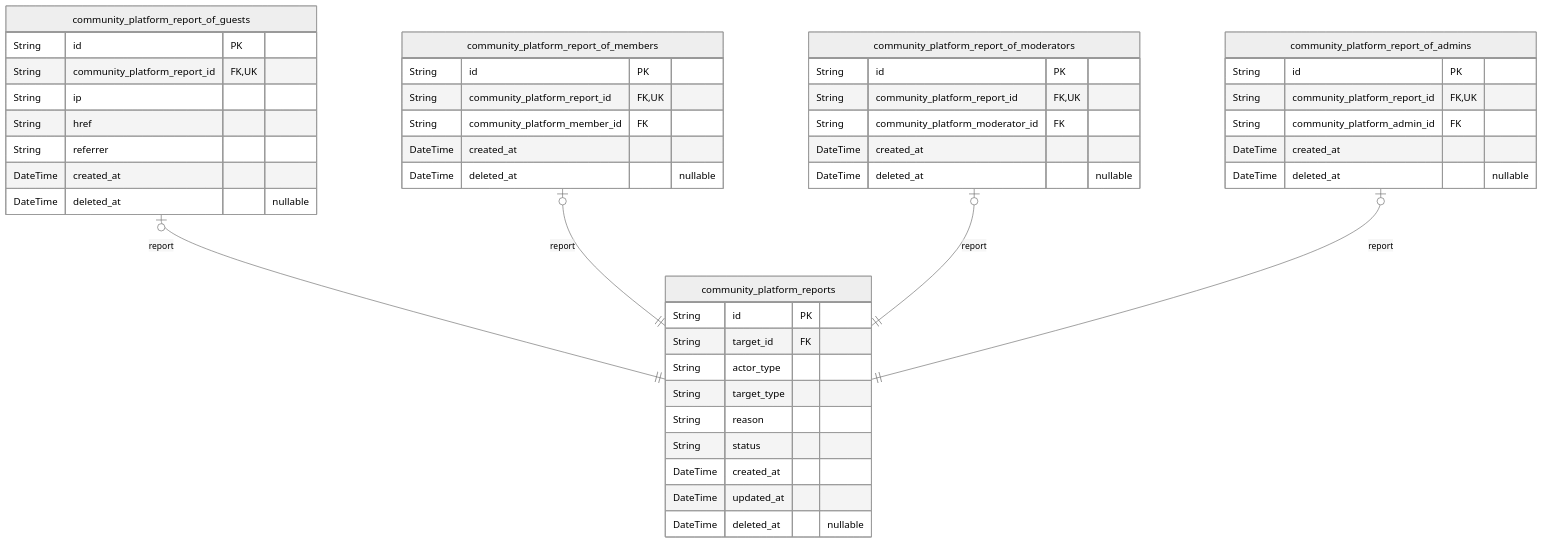
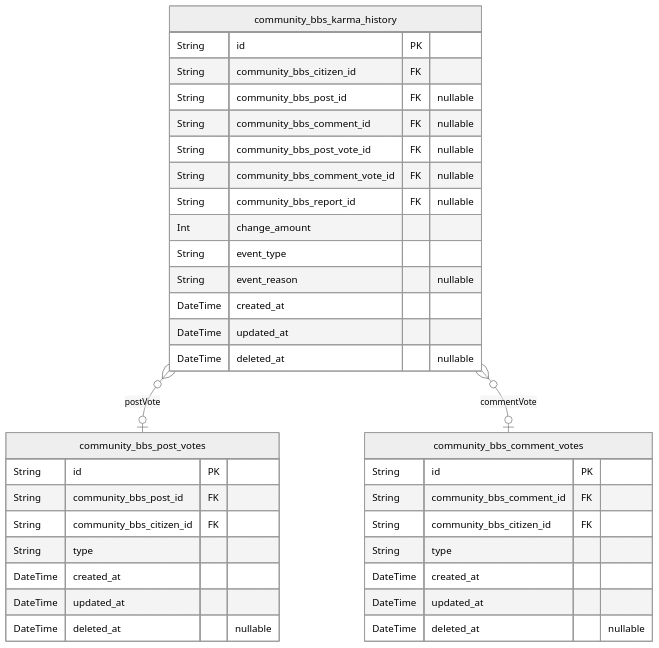
One commit to wrtnlabs/autobe-examples changed the sixth of 10 diagrams in qwen/qwen3-next-80b-a3b-instruct/reddit/docs/ERD.md. Above: the diagram before and after it, drawn with Mermaid (neutral theme). The commit also changed other lines of this file and 7173 other files, not shown here.

````diff
--- a/qwen/qwen3-next-80b-a3b-instruct/reddit/docs/ERD.md
+++ b/qwen/qwen3-next-80b-a3b-instruct/reddit/docs/ERD.md
@@ -2500,48 +1058,38 @@
 ```mermaid
 erDiagram
-"community_platform_reports" {
+"community_bbs_post_votes" {
   String id PK
-  String target_id FK
-  String actor_type
-  String target_type
-  String reason
-  String status
+  String community_bbs_post_id FK
+  String community_bbs_citizen_id FK
+  String type
   DateTime created_at
   DateTime updated_at
   DateTime deleted_at "nullable"
 }
-"community_platform_report_of_guests" {
+"community_bbs_comment_votes" {
   String id PK
-  String community_platform_report_id FK,UK
-  String ip
-  String href
-  String referrer
+  String community_bbs_comment_id FK
+  String community_bbs_citizen_id FK
+  String type
   DateTime created_at
+  DateTime updated_at
   DateTime deleted_at "nullable"
 }
-"community_platform_report_of_members" {
+"community_bbs_karma_history" {
   String id PK
-  String community_platform_report_id FK,UK
-  String community_platform_member_id FK
+  String community_bbs_citizen_id FK
+  String community_bbs_post_id FK "nullable"
+  String community_bbs_comment_id FK "nullable"
+  String community_bbs_post_vote_id FK "nullable"
+  String community_bbs_comment_vote_id FK "nullable"
+  String community_bbs_report_id FK "nullable"
+  Int change_amount
+  String event_type
+  String event_reason "nullable"
   DateTime created_at
+  DateTime updated_at
   DateTime deleted_at "nullable"
 }
-"community_platform_report_of_moderators" {
-  String id PK
-  String community_platform_report_id FK,UK
-  String community_platform_moderator_id FK
-  DateTime created_at
-  DateTime deleted_at "nullable"
-}
-"community_platform_report_of_admins" {
-  String id PK
-  String community_platform_report_id FK,UK
-  String community_platform_admin_id FK
-  DateTime created_at
-  DateTime deleted_at "nullable"
-}
-"community_platform_report_of_guests" |o--|| "community_platform_reports" : report
-"community_platform_report_of_members" |o--|| "community_platform_reports" : report
-"community_platform_report_of_moderators" |o--|| "community_platform_reports" : report
-"community_platform_report_of_admins" |o--|| "community_platform_reports" : report
+"community_bbs_karma_history" }o--o| "community_bbs_post_votes" : postVote
+"community_bbs_karma_history" }o--o| "community_bbs_comment_votes" : commentVote
 ```
````
